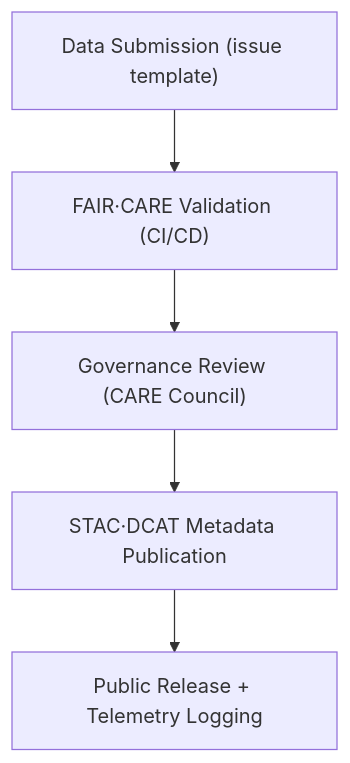
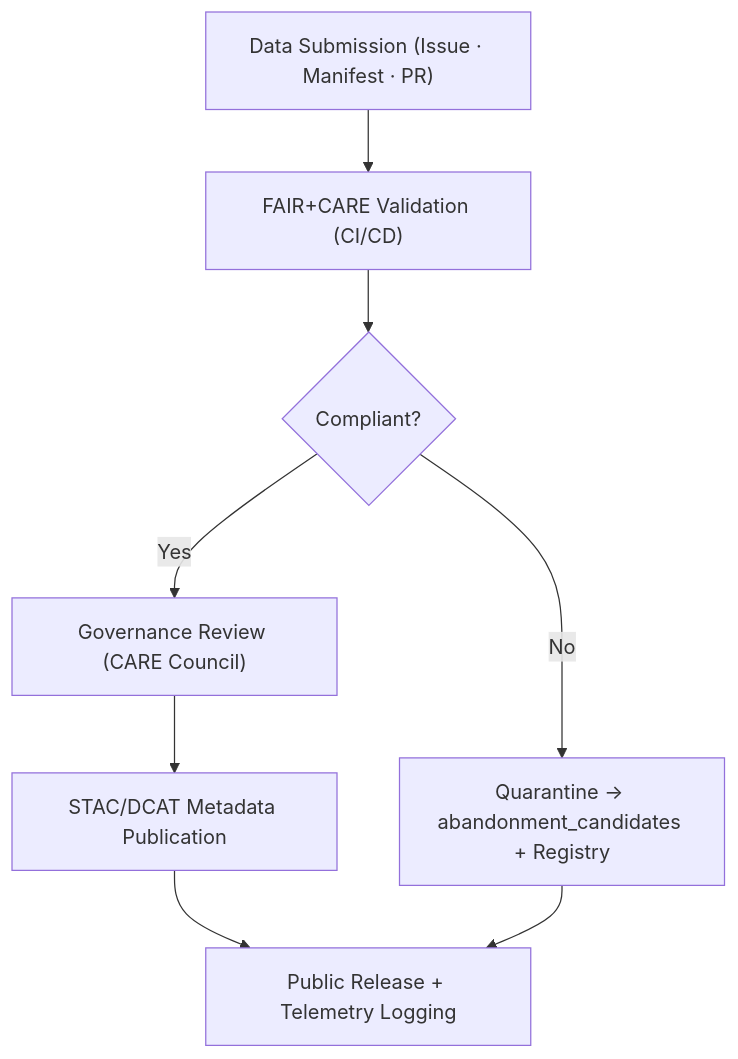
Before and after one commit to bartytime4life/Kansas-Frontier-Matrix: the diagram in docs/standards/faircare.md, drawn with Mermaid. The commit also changed other lines of this file, not shown here.

````diff
--- a/docs/standards/faircare.md
+++ b/docs/standards/faircare.md
@@ -80,7 +90,10 @@
 ```mermaid
 flowchart TD
-  A["Data Submission (issue template)"] --> B["FAIR·CARE Validation (CI/CD)"]
-  B --> C["Governance Review (CARE Council)"]
-  C --> D["STAC·DCAT Metadata Publication"]
-  D --> E["Public Release + Telemetry Logging"]
+  A["Data Submission (Issue · Manifest · PR)"] --> B["FAIR+CARE Validation (CI/CD)"]
+  B --> C{"Compliant?"}
+  C -->|Yes| D["Governance Review (CARE Council)"]
+  C -->|No| E["Quarantine → abandonment_candidates + Registry"]
+  D --> F["STAC/DCAT Metadata Publication"]
+  F --> G["Public Release + Telemetry Logging"]
+  E --> G
 ```
````
